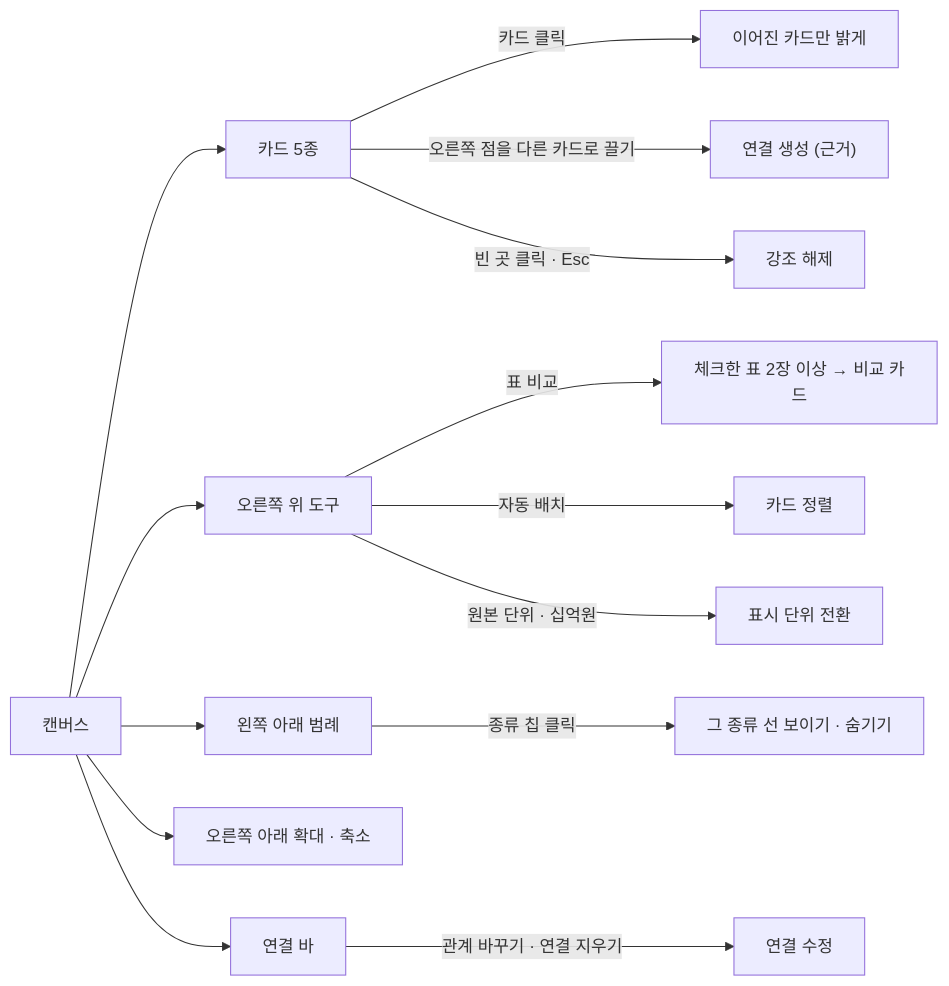
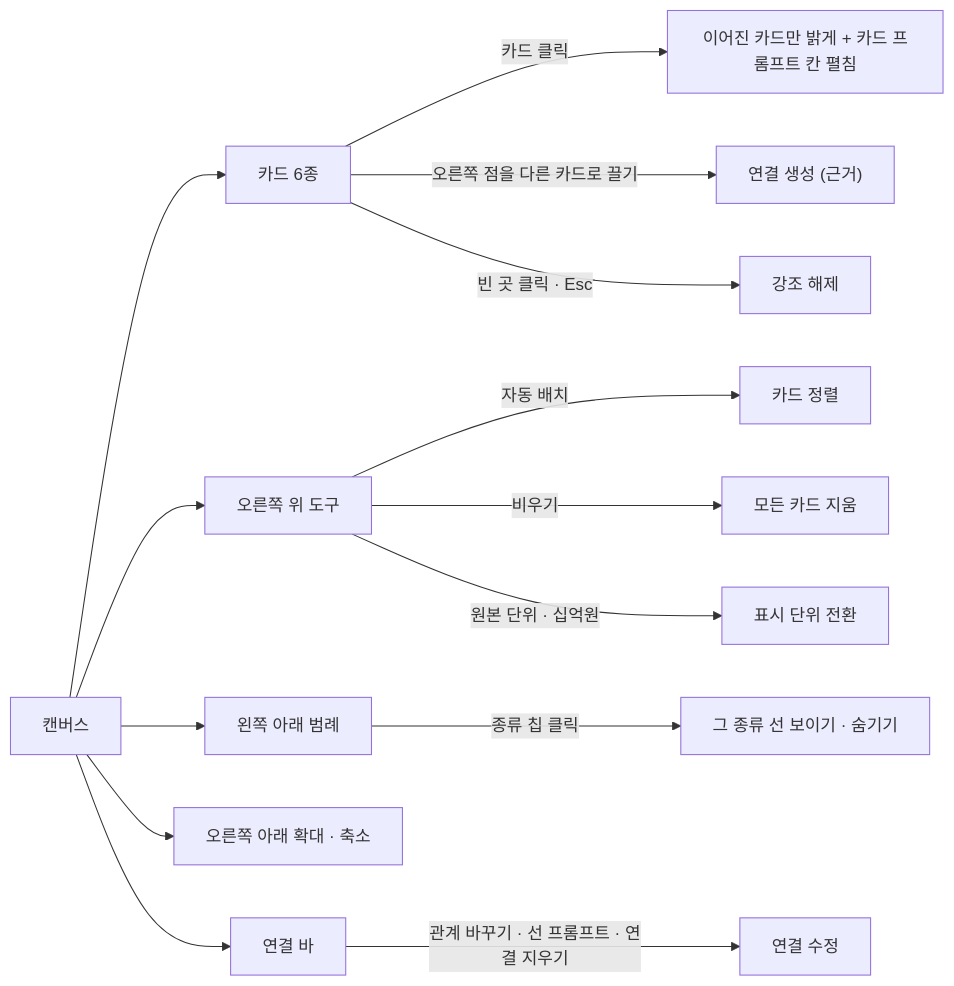
The sixth of 12 diagrams in docs/frontend/ia.md (vamos-team/telescope), drawn with Mermaid before and after one commit. The commit also changed other lines of this file and 6 other files, not shown here.

````diff
--- a/docs/frontend/ia.md
+++ b/docs/frontend/ia.md
@@ -230,16 +226,16 @@
 ```mermaid
 flowchart LR
-  CV["캔버스"] --> K["카드 5종"]
+  CV["캔버스"] --> K["카드 6종"]
   CV --> TL["오른쪽 위 도구"]
   CV --> LG["왼쪽 아래 범례"]
   CV --> Z["오른쪽 아래 확대 · 축소"]
   CV --> LB["연결 바"]
-  K -->|카드 클릭| K1["이어진 카드만 밝게"]
+  K -->|카드 클릭| K1["이어진 카드만 밝게 + 카드 프롬프트 칸 펼침"]
   K -->|오른쪽 점을 다른 카드로 끌기| K2["연결 생성 (근거)"]
   K -->|빈 곳 클릭 · Esc| K3["강조 해제"]
-  TL -->|표 비교| T1["체크한 표 2장 이상 → 비교 카드"]
   TL -->|자동 배치| T2["카드 정렬"]
+  TL -->|비우기| T4["모든 카드 지움"]
   TL -->|"원본 단위 · 십억원"| T3["표시 단위 전환"]
   LG -->|종류 칩 클릭| L1["그 종류 선 보이기 · 숨기기"]
-  LB -->|"관계 바꾸기 · 연결 지우기"| B1["연결 수정"]
+  LB -->|"관계 바꾸기 · 선 프롬프트 · 연결 지우기"| B1["연결 수정"]
 ```
````
